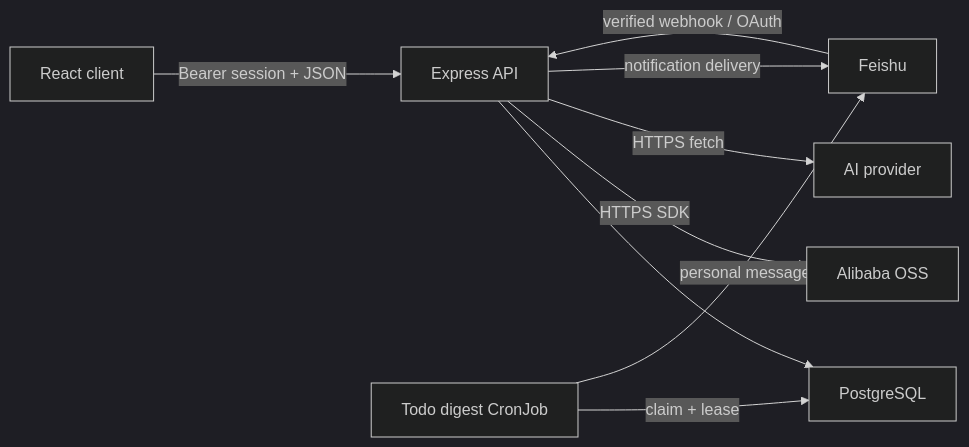
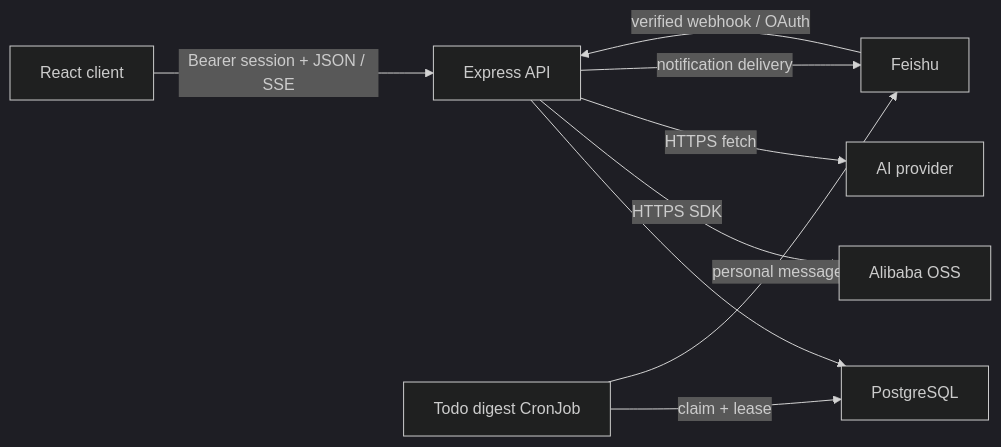
One commit to cuisongliu/vege-basket changed the diagram in docs/architecture.md. Above: the diagram before and after it, drawn with Mermaid (dark theme). The commit also changed other lines of this file and 21 other files, not shown here.

````diff
--- a/docs/architecture.md
+++ b/docs/architecture.md
@@ -11,11 +11,11 @@
 ```mermaid
 flowchart LR
-  browser["React client"] -->|"Bearer session + JSON"| api["Express API"]
+  browser["React client"] -->|"Bearer session + JSON / SSE"| api["Express API"]
   api --> db["PostgreSQL"]
   api -->|"HTTPS SDK"| oss["Alibaba OSS"]
   api -->|"HTTPS fetch"| ai["AI provider"]
   feishu["Feishu"] -->|"verified webhook / OAuth"| api
   api -->|"notification delivery"| feishu
   cron["Todo digest CronJob"] -->|"claim + lease"| db
   cron -->|"personal message"| feishu
 ```
````
